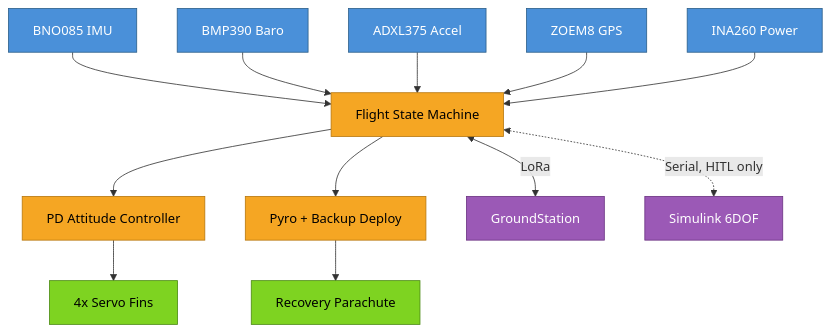
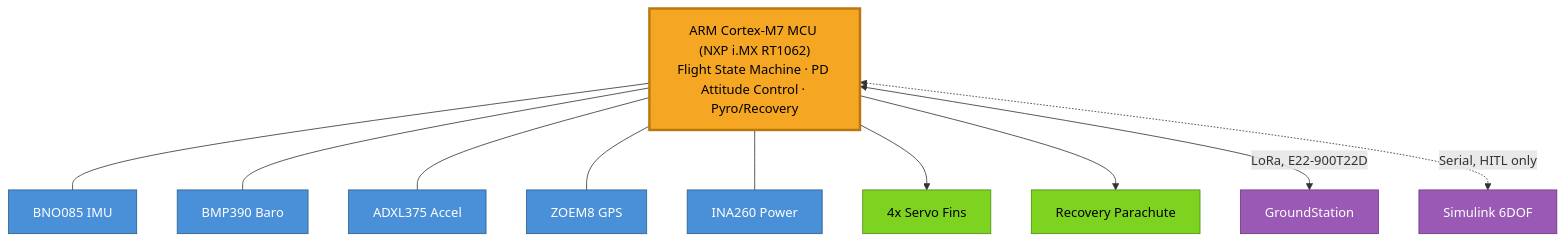
The diagram in README.md (Sanassah/RocketPower), drawn with Mermaid before and after one commit. The commit also changed other lines of this file and 3 other files, not shown here.

First line of the commit message:
README polish: MCU-centric architecture, layout over schematic, visual relief

````diff
--- a/README.md
+++ b/README.md
@@ -34,35 +39,31 @@
 ```mermaid
 flowchart TD
+    classDef mcu fill:#F5A623,stroke:#B8780F,color:#000,stroke-width:3px
     classDef sensor fill:#4A90D9,stroke:#2C5F8A,color:#fff
-    classDef compute fill:#F5A623,stroke:#B8780F,color:#000
     classDef output fill:#7ED321,stroke:#4C8A14,color:#000
     classDef ext fill:#9B59B6,stroke:#6C3483,color:#fff
+
+    MCU["ARM Cortex-M7 MCU (NXP i.MX RT1062)<br/>Flight State Machine · PD Attitude Control · Pyro/Recovery"]:::mcu
 
     IMU[BNO085 IMU]:::sensor
     BARO[BMP390 Baro]:::sensor
     ACC[ADXL375 Accel]:::sensor
     GPS[ZOEM8 GPS]:::sensor
     PWR[INA260 Power]:::sensor
 
-    FSM[Flight State Machine]:::compute
-    CTRL[PD Attitude Controller]:::compute
-    PYRO[Pyro + Backup Deploy]:::compute
-
     FINS[4x Servo Fins]:::output
     CHUTE[Recovery Parachute]:::output
 
     GS[GroundStation]:::ext
     SIM[Simulink 6DOF]:::ext
 
-    IMU --> FSM
-    BARO --> FSM
-    ACC --> FSM
-    GPS --> FSM
-    PWR --> FSM
-    FSM --> CTRL
-    FSM --> PYRO
-    CTRL --> FINS
-    PYRO --> CHUTE
-    FSM <-->|LoRa| GS
-    FSM <-.->|Serial, HITL only| SIM
+    MCU --- IMU
+    MCU --- BARO
+    MCU --- ACC
+    MCU --- GPS
+    MCU --- PWR
+    MCU --> FINS
+    MCU --> CHUTE
+    MCU <-->|"LoRa, E22-900T22D"| GS
+    MCU <-.->|"Serial, HITL only"| SIM
 ```
````
